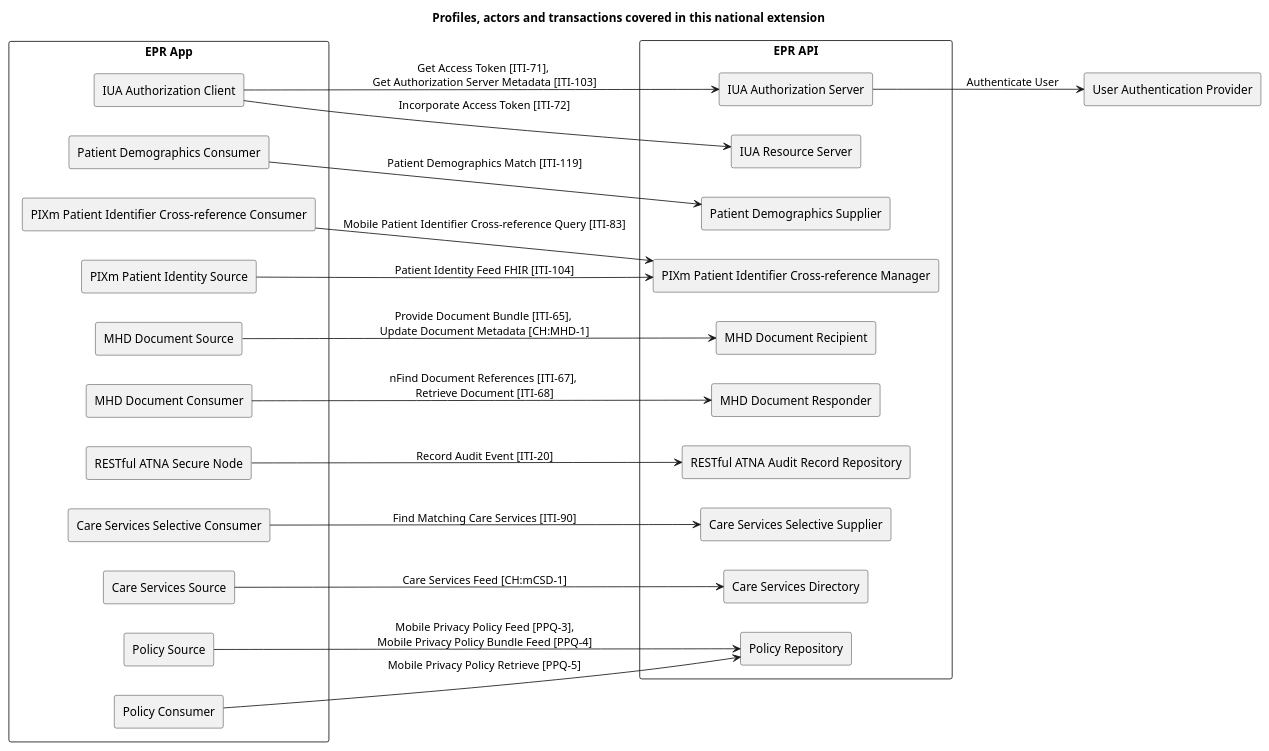
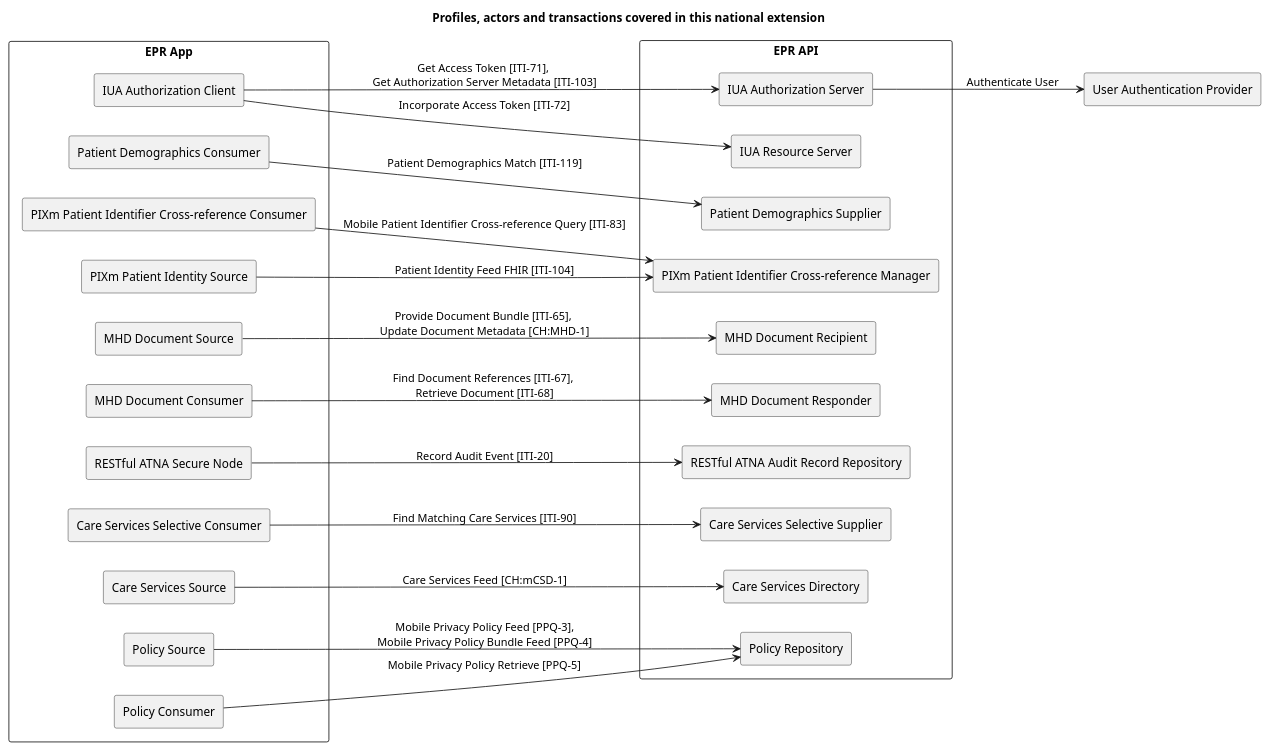
One commit to ehealthsuisse/ch-epr-fhir changed the diagram in input/images-source/overview.plantuml. Above: the diagram before and after it, drawn with PlantUML.

Commit message:
Remove superfluous letter

```diff
--- a/input/images-source/overview.plantuml
+++ b/input/images-source/overview.plantuml
@@ -1,65 +1,65 @@
 @startuml
 
 title **Profiles, actors and transactions covered in this national extension**
 
 skinparam componentStyle rectangle
 skinparam svgDimensionStyle false
 
 left to right direction
 
 component "EPR App" {
   [IUA Authorization Client] as IUAClient
 
   [Patient Demographics Consumer] as PDQmConsumer
 
   [PIXm Patient Identifier Cross-reference Consumer] as PIXmConsumer
   [PIXm Patient Identity Source] as PIXmSource
 
   [MHD Document Source] as MHDSource
   [MHD Document Consumer] as MHDConsumer
 
   [RESTful ATNA Secure Node] as ATNANode
 
   [Care Services Selective Consumer] as mCSDSelectiveConsumer
   [Care Services Source] as mCSDSelectiveSource
 
   [Policy Source] as PPQmPolicySource
   [Policy Consumer] as PPQmPolicyConsumer
 }
 
 component "EPR API" {
   [IUA Authorization Server] as IUAAuthServer
   IUAClient -> IUAAuthServer : Get Access Token [ITI-71], \nGet Authorization Server Metadata [ITI-103]
   [IUA Resource Server] as IUAResourceServer
   IUAClient --> IUAResourceServer : Incorporate Access Token [ITI-72]
 
   [Patient Demographics Supplier] as PDQmSupplier
   PDQmConsumer --> PDQmSupplier : Patient Demographics Match [ITI-119]
 
   [PIXm Patient Identifier Cross-reference Manager] as PIXmManager
   PIXmConsumer --> PIXmManager : Mobile Patient Identifier Cross-reference Query [ITI-83]
   PIXmSource --> PIXmManager : Patient Identity Feed FHIR [ITI-104]
 
   [MHD Document Recipient] as MHDRecipient
   MHDSource --> MHDRecipient : Provide Document Bundle [ITI-65], \nUpdate Document Metadata [CH:MHD-1]
 
   [MHD Document Responder] as MHDResponder
-  MHDConsumer --> MHDResponder : nFind Document References [ITI-67], \nRetrieve Document [ITI-68] 
+  MHDConsumer --> MHDResponder : Find Document References [ITI-67], \nRetrieve Document [ITI-68]
 
   [RESTful ATNA Audit Record Repository] as ATNARepository
   ATNANode --> ATNARepository : Record Audit Event [ITI-20]
 
   [Care Services Selective Supplier] as mCSDSelectiveSupplier
   mCSDSelectiveConsumer --> mCSDSelectiveSupplier : Find Matching Care Services [ITI-90]
   [Care Services Directory] as mCSDSelectiveDirectory
   mCSDSelectiveSource --> mCSDSelectiveDirectory : Care Services Feed [CH:mCSD-1]
 
   [Policy Repository] as PPQmPolicyRepository
   PPQmPolicySource --> PPQmPolicyRepository : Mobile Privacy Policy Feed [PPQ-3],\nMobile Privacy Policy Bundle Feed [PPQ-4]
   PPQmPolicyConsumer --> PPQmPolicyRepository : Mobile Privacy Policy Retrieve [PPQ-5]
 }
 
 [User Authentication Provider] as UAProvider
 IUAAuthServer --> UAProvider : Authenticate User
 
 @enduml
```
